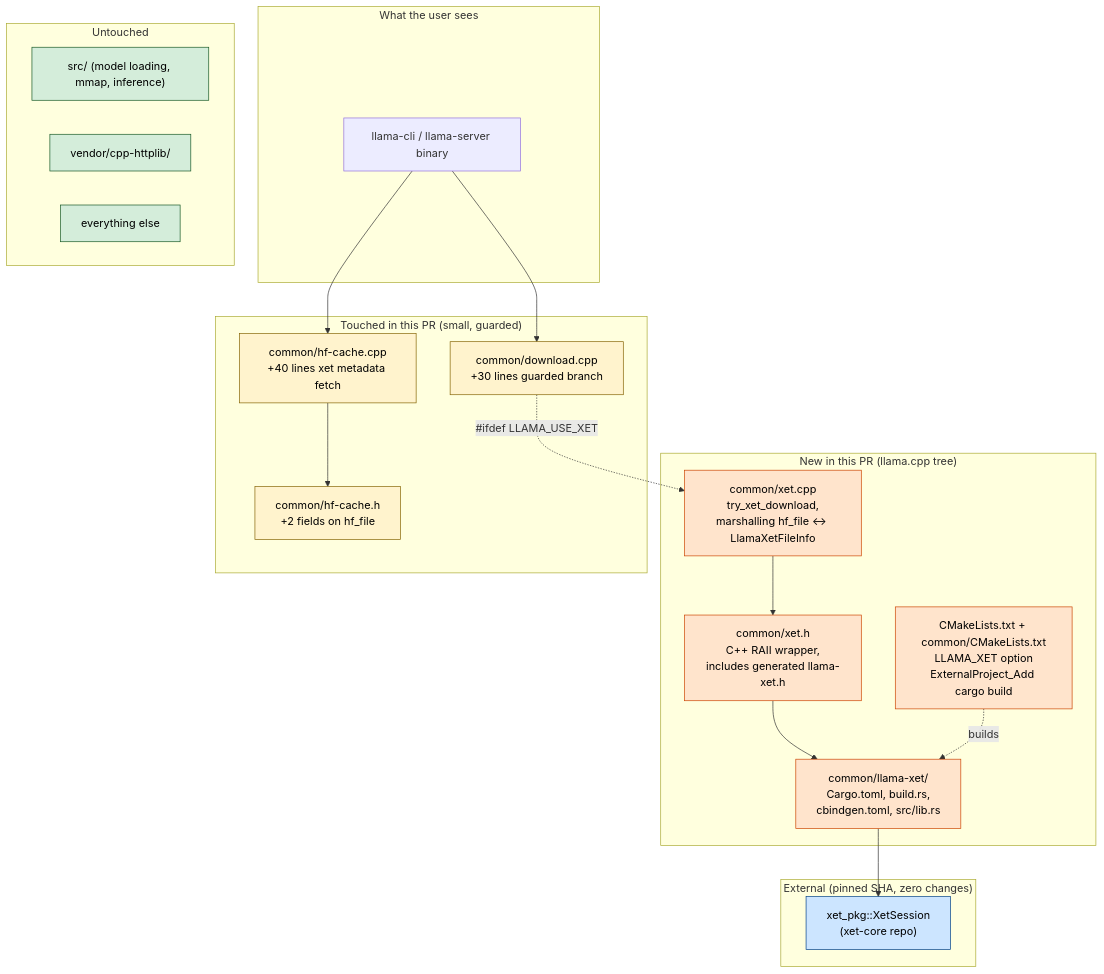
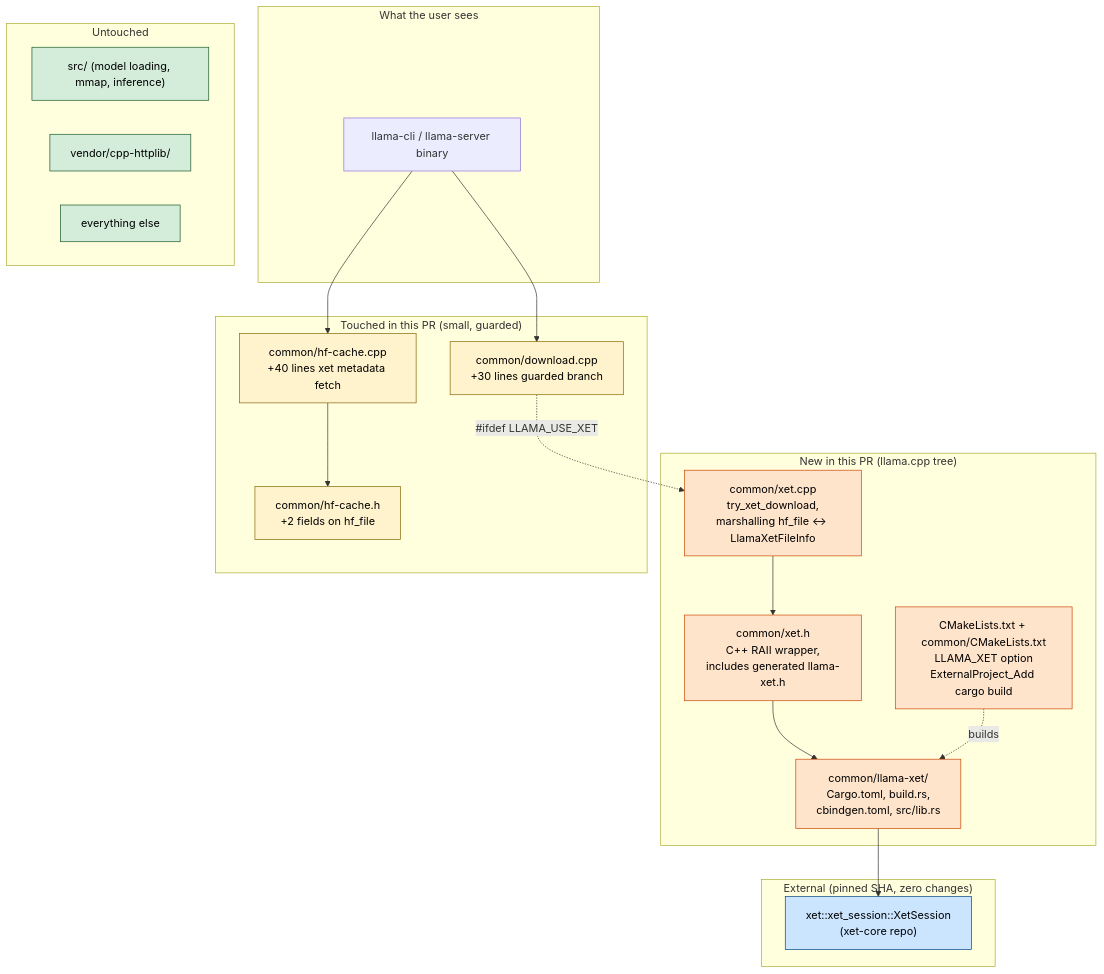
Before and after one commit to rajatarya/llama.cpp: the second of 5 diagrams in docs/superpowers/specs/2026-04-23-llama-cpp-xet-integration-design.md, drawn with Mermaid. The commit also changed other lines of this file and 1 other file, not shown here.

First line of the commit message:
design : correct Rust import path to xet:: (not xet_pkg::)

````diff
--- a/docs/superpowers/specs/2026-04-23-llama-cpp-xet-integration-design.md
+++ b/docs/superpowers/specs/2026-04-23-llama-cpp-xet-integration-design.md
@@ -85,45 +85,45 @@
 ```mermaid
 graph TD
     subgraph L0["What the user sees"]
         BIN["llama-cli / llama-server binary"]
     end
 
     subgraph L1["New in this PR (llama.cpp tree)"]
         XET_H["common/xet.h<br/>C++ RAII wrapper,<br/>includes generated llama-xet.h"]
         XET_CPP["common/xet.cpp<br/>try_xet_download,<br/>marshalling hf_file ↔ LlamaXetFileInfo"]
         RUST_CRATE["common/llama-xet/<br/>Cargo.toml, build.rs,<br/>cbindgen.toml, src/lib.rs"]
         CMAKE["CMakeLists.txt + common/CMakeLists.txt<br/>LLAMA_XET option<br/>ExternalProject_Add cargo build"]
     end
 
     subgraph L2["Touched in this PR (small, guarded)"]
         DL["common/download.cpp<br/>+30 lines guarded branch"]
         HFC["common/hf-cache.cpp<br/>+40 lines xet metadata fetch"]
         STRUCT["common/hf-cache.h<br/>+2 fields on hf_file"]
     end
 
     subgraph L3["Untouched"]
         CORE["src/ (model loading, mmap, inference)"]
         VENDOR["vendor/cpp-httplib/"]
         OTHER["everything else"]
     end
 
     subgraph L4["External (pinned SHA, zero changes)"]
-        XP["xet_pkg::XetSession<br/>(xet-core repo)"]
+        XP["xet::xet_session::XetSession<br/>(xet-core repo)"]
     end
 
     BIN --> DL
     BIN --> HFC
     DL -. "#ifdef LLAMA_USE_XET" .-> XET_CPP
     XET_CPP --> XET_H --> RUST_CRATE --> XP
     CMAKE -. "builds" .-> RUST_CRATE
     HFC --> STRUCT
 
     classDef new fill:#ffe4cc,stroke:#cc4400,color:#000
     classDef touched fill:#fff3cd,stroke:#856404,color:#000
     classDef untouched fill:#d4edda,stroke:#155724,color:#000
     classDef external fill:#cce5ff,stroke:#004085,color:#000
     class XET_H,XET_CPP,RUST_CRATE,CMAKE new
     class DL,HFC,STRUCT touched
     class CORE,VENDOR,OTHER untouched
     class XP external
 ```
````
